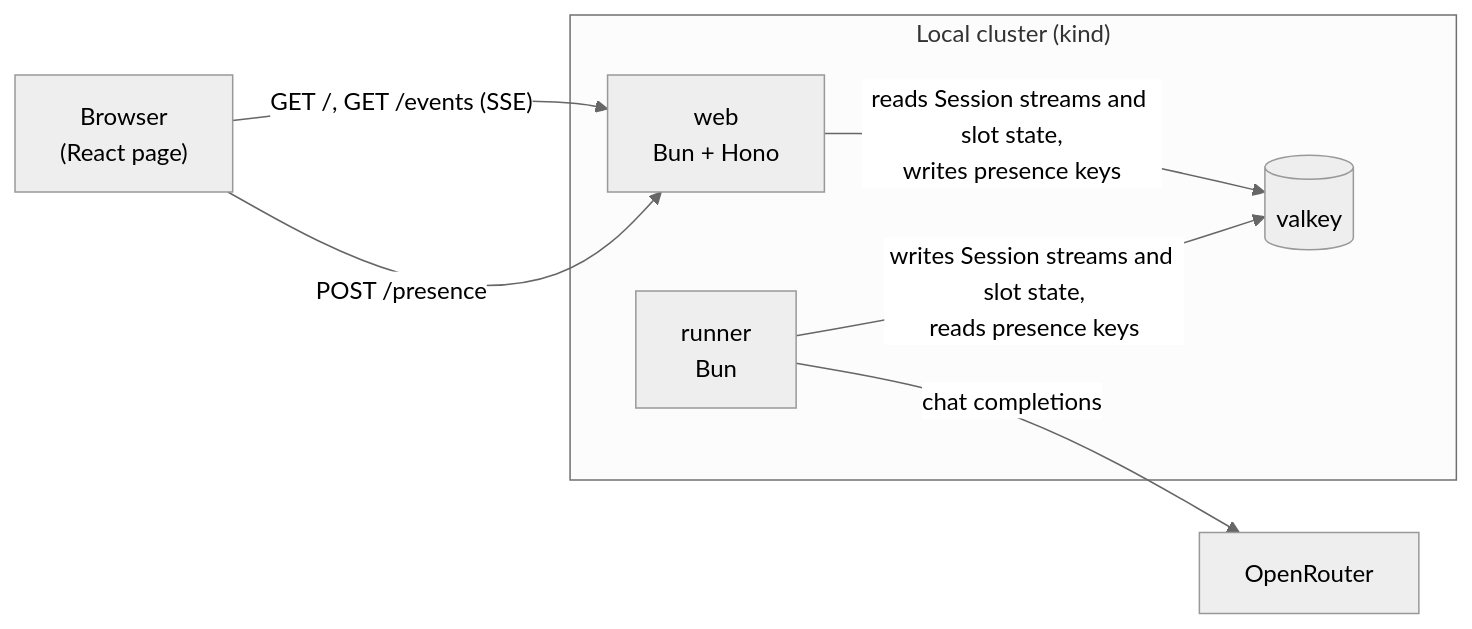
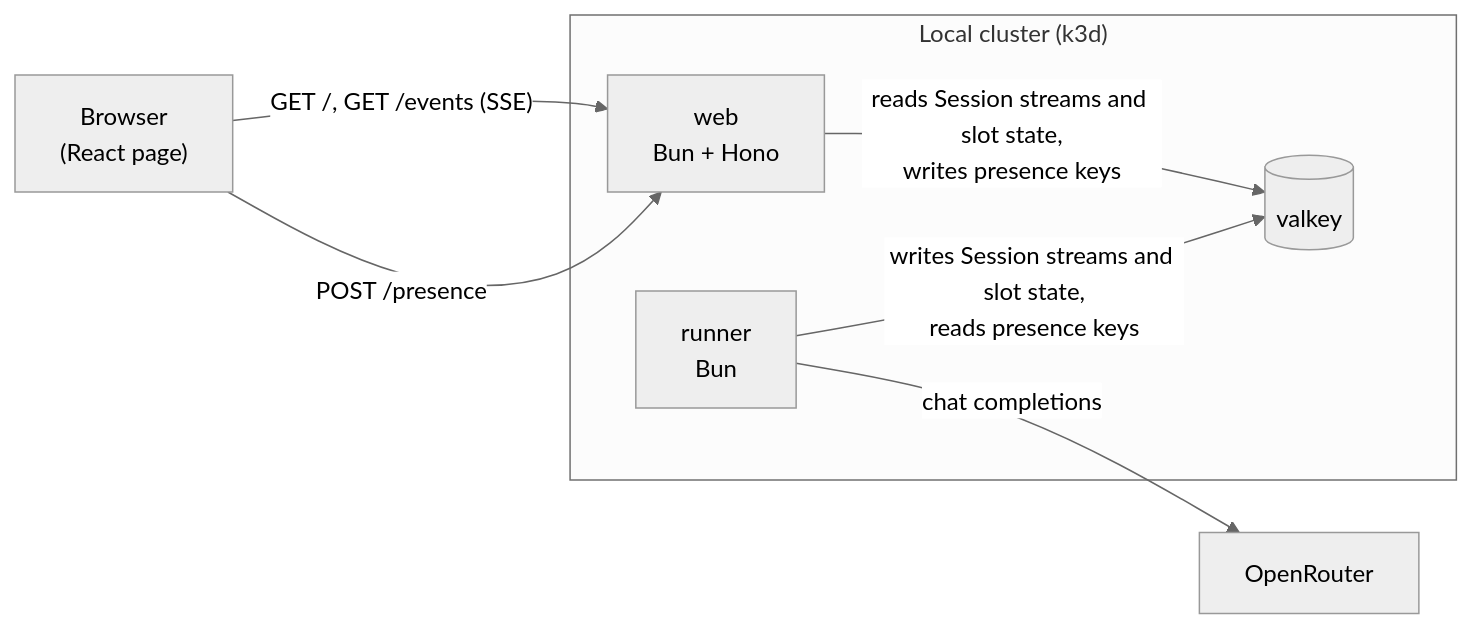
One commit to jparta/Explorer-and-Pretender changed the first of 3 diagrams in docs/phase-1/architecture.md. Above: the diagram before and after it, drawn with Mermaid (neutral theme). The commit also changed other lines of this file and 7 other files, not shown here.

````diff
--- a/docs/phase-1/architecture.md
+++ b/docs/phase-1/architecture.md
@@ -13,16 +13,16 @@
 ```mermaid
 flowchart LR
   browser["Browser<br/>(React page)"]
-  subgraph cluster["Local cluster (kind)"]
+  subgraph cluster["Local cluster (k3d)"]
     web["web<br/>Bun + Hono"]
     valkey[("valkey")]
     runner["runner<br/>Bun"]
   end
   openrouter["OpenRouter"]
 
   browser -- "GET /, GET /events (SSE)" --> web
   browser -- "POST /presence" --> web
   web -- "reads Session streams and slot state,<br/>writes presence keys" --> valkey
   runner -- "writes Session streams and slot state,<br/>reads presence keys" --> valkey
   runner -- "chat completions" --> openrouter
 ```
````
